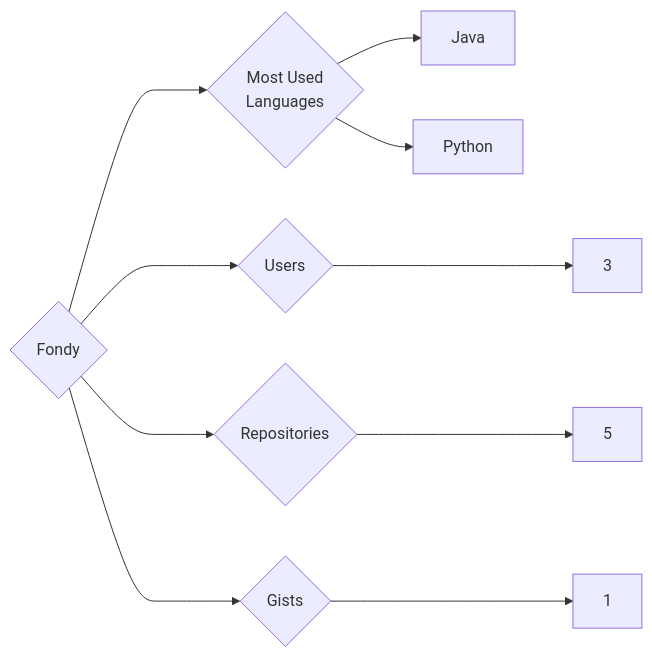
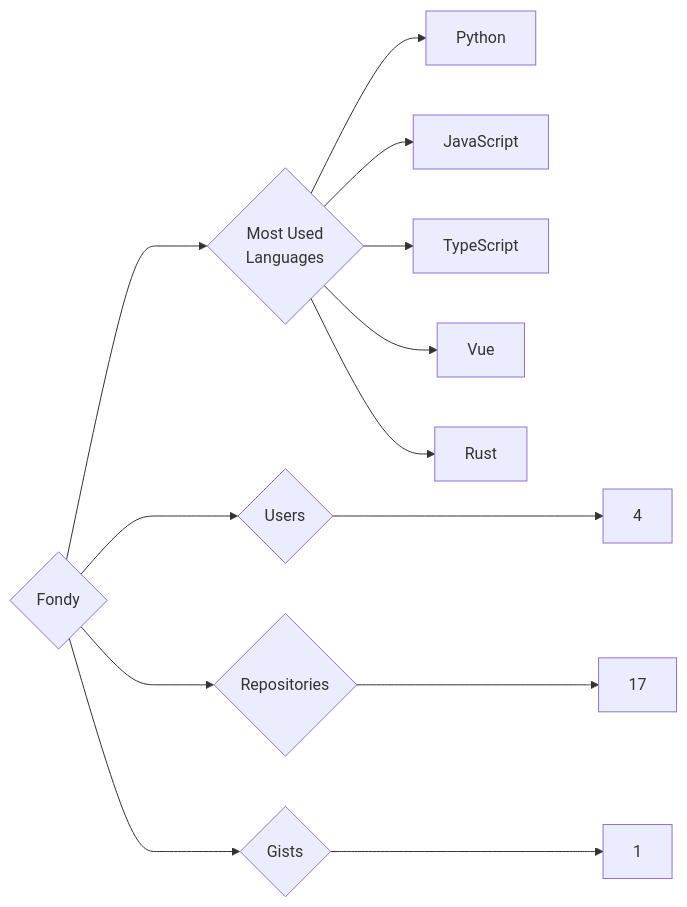
Before and after one commit to trickest/insiders: the diagram in targets/Fondy/README.md, drawn with Mermaid. The commit also changed 773 other files, not shown here.

````diff
--- a/targets/Fondy/README.md
+++ b/targets/Fondy/README.md
@@ -3,10 +3,13 @@
 ```mermaid
 graph LR
 COMPANY_NAME{Fondy}
-COMPANY_NAME ---> U{Users} ---> UN[3]
-COMPANY_NAME ---> R{Repositories} ---> RN[5]
+COMPANY_NAME ---> U{Users} ---> UN[4]
+COMPANY_NAME ---> R{Repositories} ---> RN[17]
 COMPANY_NAME ---> G{Gists} ---> GN[1]
 COMPANY_NAME ---> ML{Most Used<br>Languages}
-ML --> Java[Java]
 ML --> Python[Python]
+ML --> JavaScript[JavaScript]
+ML --> TypeScript[TypeScript]
+ML --> Vue[Vue]
+ML --> Rust[Rust]
 ```
````
